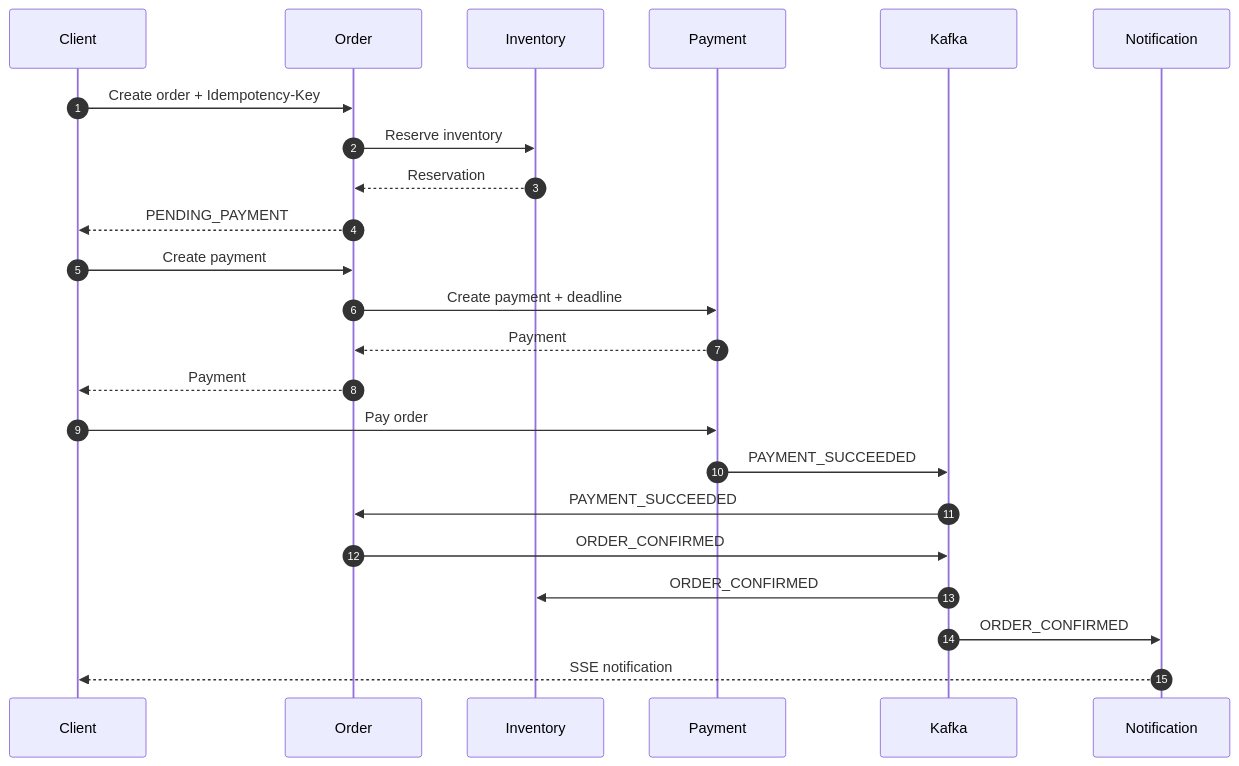
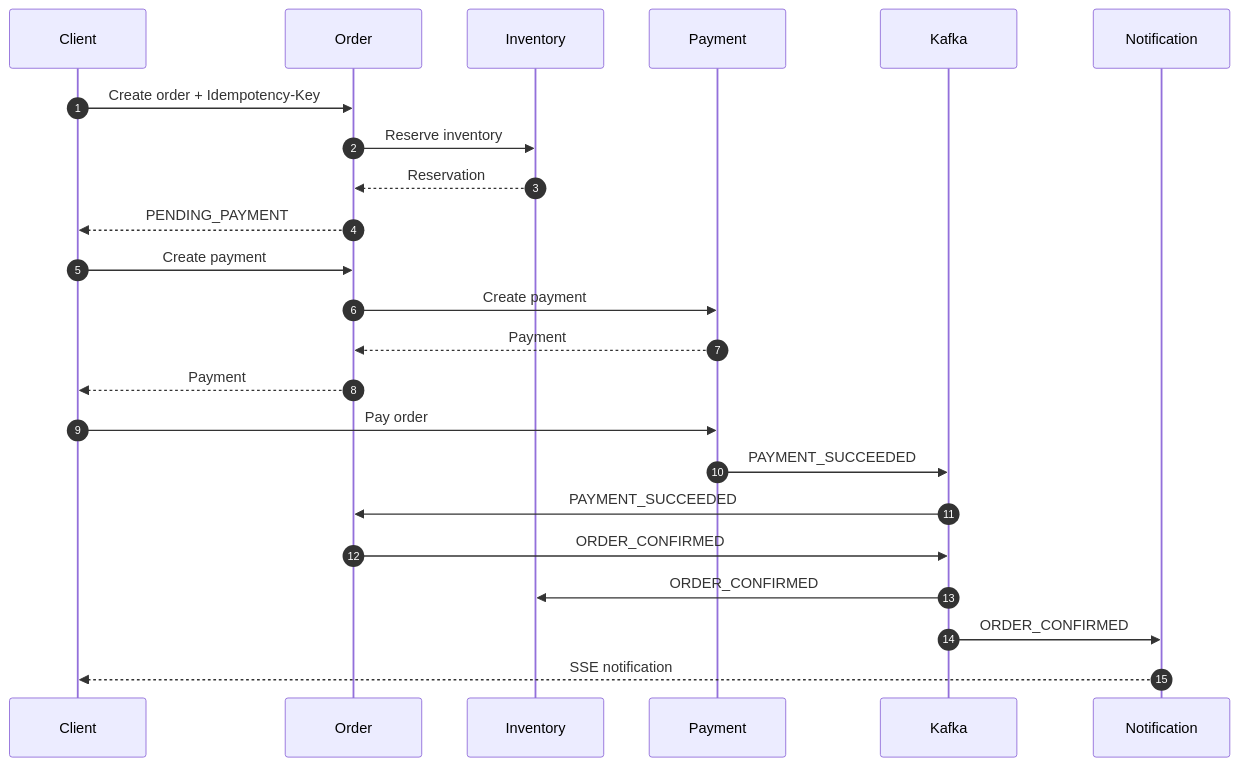
The second of 4 diagrams in README.md (d2mteam/event-driven-ecommerce-microservices), drawn with Mermaid before and after one commit. The commit also changed other lines of this file, not shown here.

````diff
--- a/README.md
+++ b/README.md
@@ -62,32 +62,32 @@
 ```mermaid
 sequenceDiagram
     autonumber
 
     participant C as Client
     participant O as Order
     participant I as Inventory
     participant P as Payment
     participant K as Kafka
     participant N as Notification
 
     C->>O: Create order + Idempotency-Key
     O->>I: Reserve inventory
     I-->>O: Reservation
     O-->>C: PENDING_PAYMENT
 
     C->>O: Create payment
-    O->>P: Create payment + deadline
+    O->>P: Create payment
     P-->>O: Payment
     O-->>C: Payment
 
     C->>P: Pay order
     P->>K: PAYMENT_SUCCEEDED
 
     K->>O: PAYMENT_SUCCEEDED
     O->>K: ORDER_CONFIRMED
 
     K->>I: ORDER_CONFIRMED
     K->>N: ORDER_CONFIRMED
 
     N-->>C: SSE notification
 ```
````
